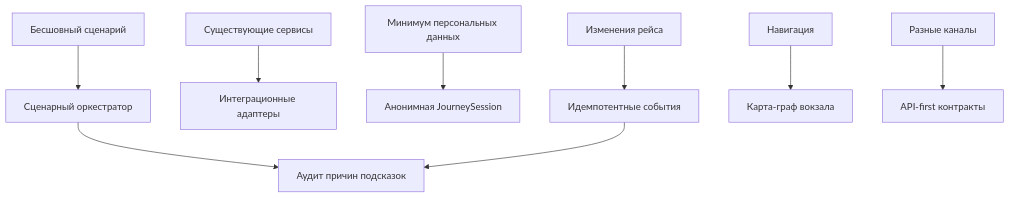
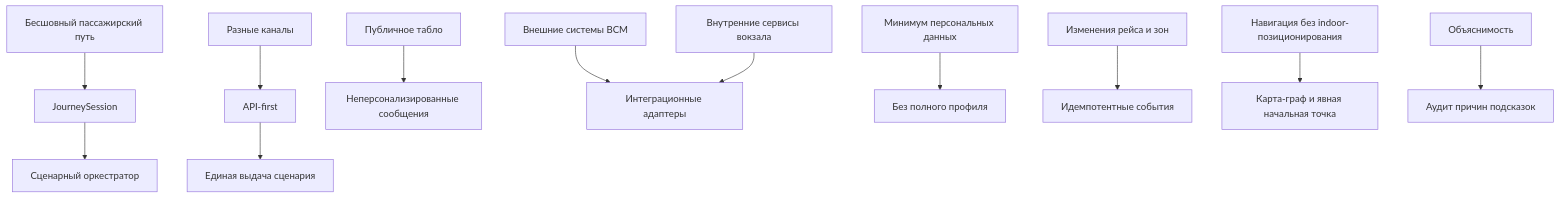
One commit to FlashgoKless/CW-for-dissertation changed the diagram in 04-архитектурные-драйверы.md. Above: the diagram before and after it, drawn with Mermaid. The commit also changed other lines of this file, not shown here.

Commit message:
Clarify architectural drivers and ADR decisions

````diff
--- a/04-архитектурные-драйверы.md
+++ b/04-архитектурные-драйверы.md
@@ -36,11 +61,21 @@
 ```mermaid
 flowchart TD
-    Seamless[Бесшовный сценарий] --> Orchestrator[Сценарный оркестратор]
-    Existing[Существующие сервисы] --> Adapters[Интеграционные адаптеры]
-    Privacy[Минимум персональных данных] --> Anonymous[Анонимная JourneySession]
-    Realtime[Изменения рейса] --> Events[Идемпотентные события]
-    Navigation[Навигация] --> Graph[Карта-граф вокзала]
-    Channels[Разные каналы] --> API[API-first контракты]
-    Orchestrator --> Audit[Аудит причин подсказок]
-    Events --> Audit
+    Seamless["Бесшовный пассажирский путь"] --> Journey["JourneySession"]
+    Journey --> Orchestrator["Сценарный оркестратор"]
+
+    Channels["Разные каналы"] --> ApiFirst["API-first"]
+    ApiFirst --> Unified["Единая выдача сценария"]
+
+    PublicBoard["Публичное табло"] --> PublicMessages["Неперсонализированные сообщения"]
+
+    VSM["Внешние системы ВСМ"] --> Adapters["Интеграционные адаптеры"]
+    Station["Внутренние сервисы вокзала"] --> Adapters
+
+    Privacy["Минимум персональных данных"] --> NoProfile["Без полного профиля"]
+
+    Realtime["Изменения рейса и зон"] --> Events["Идемпотентные события"]
+
+    Navigation["Навигация без indoor-позиционирования"] --> Graph["Карта-граф и явная начальная точка"]
+
+    Explainability["Объяснимость"] --> Audit["Аудит причин подсказок"]
 ```
````
